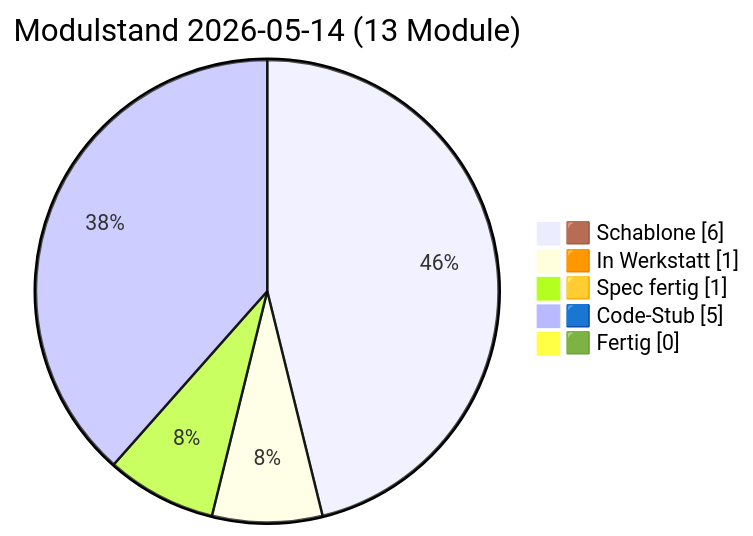
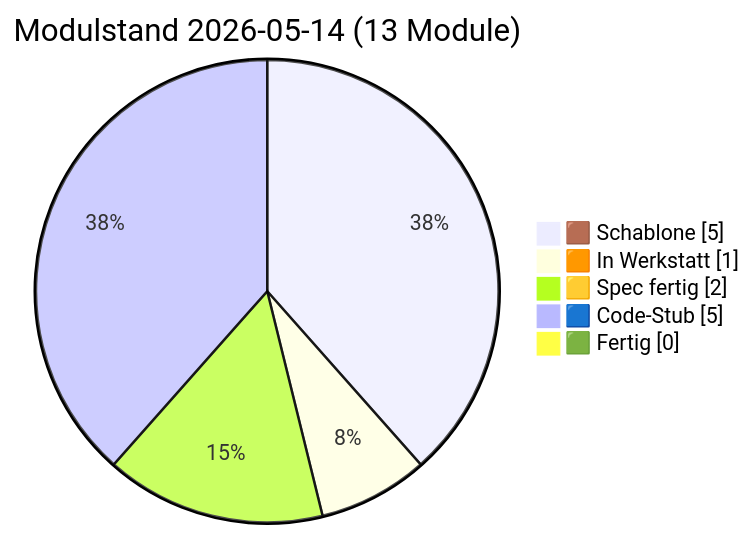
Before and after one commit to lausiklauskn-png/Sage-Protokol: the diagram in docs/PULS.md, drawn with Mermaid. The commit also changed other lines of this file and 5 other files, not shown here.

````diff
--- a/docs/PULS.md
+++ b/docs/PULS.md
@@ -16,9 +16,9 @@
 ```mermaid
 pie showData
   title Modulstand 2026-05-14 (13 Module)
-  "🟫 Schablone" : 6
+  "🟫 Schablone" : 5
   "🟧 In Werkstatt" : 1
-  "🟨 Spec fertig" : 1
+  "🟨 Spec fertig" : 2
   "🟦 Code-Stub" : 5
   "🟩 Fertig" : 0
 ```
````
